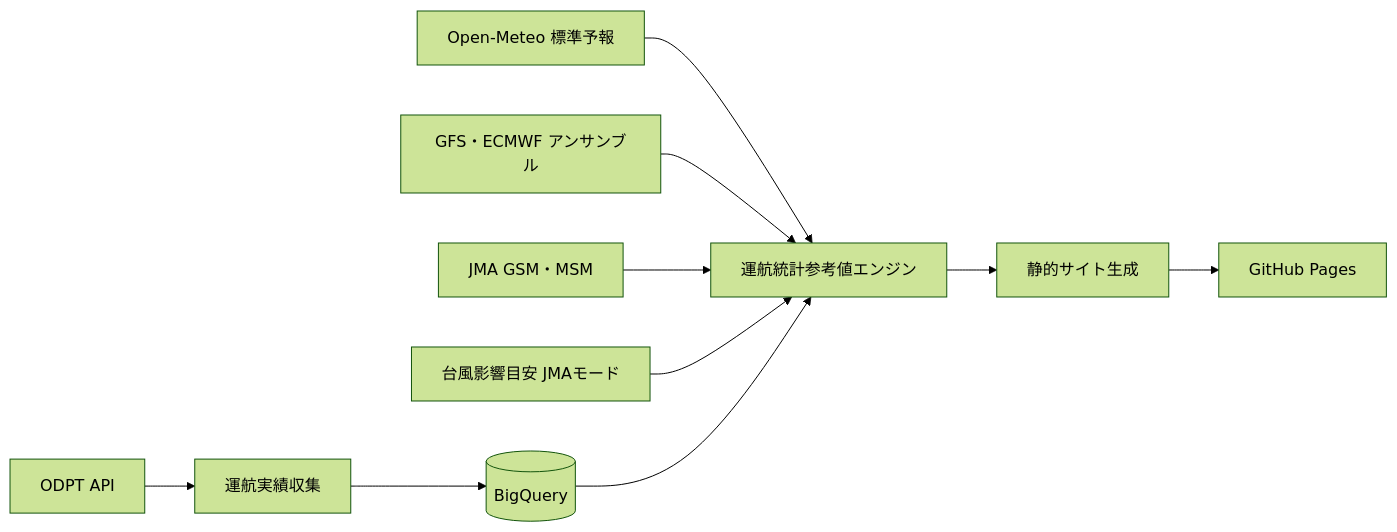
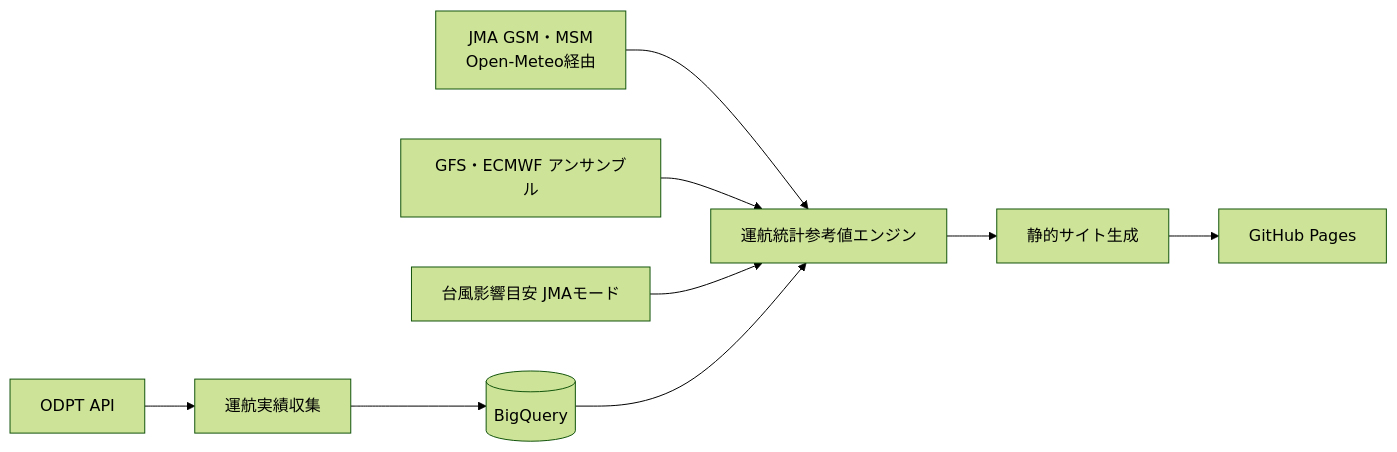
The diagram in README.md (toyo1621/8jo-flight-forecast-bot), drawn with Mermaid (forest theme) before and after one commit. The commit also changed other lines of this file and 11 other files, not shown here.

````diff
--- a/README.md
+++ b/README.md
@@ -40,12 +39,11 @@
 ```mermaid
 flowchart LR
     O[ODPT API] --> C[運航実績収集]
-    M[Open-Meteo 標準予報] --> P[運航統計参考値エンジン]
+    M[JMA GSM・MSM<br>Open-Meteo経由] --> P[運航統計参考値エンジン]
     E[GFS・ECMWF アンサンブル] --> P
-    J[JMA GSM・MSM] --> P
     T[台風影響目安 JMAモード] --> P
     C --> Q[(BigQuery)]
     Q --> P
     P --> B[静的サイト生成]
     B --> G[GitHub Pages]
 ```
````
